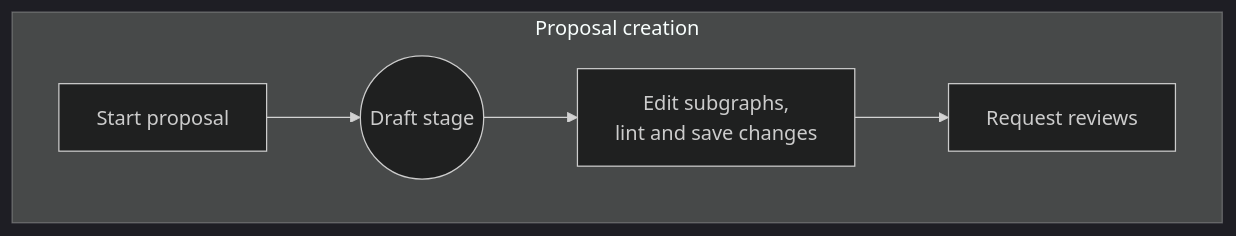
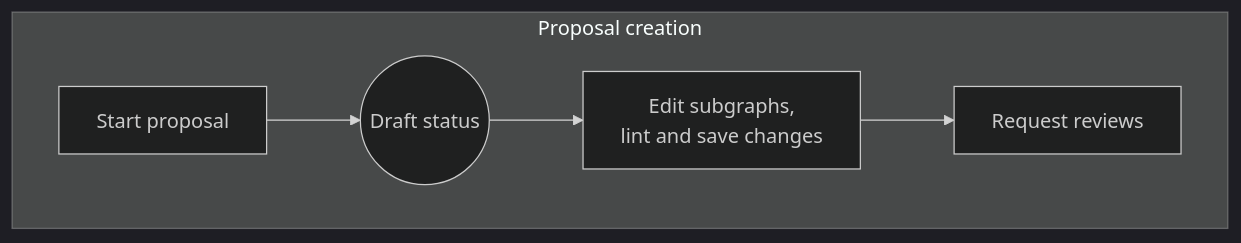
One commit to apollographql/docs changed the first of 5 diagrams in src/content/graphos/delivery/schema-proposals.mdx. Above: the diagram before and after it, drawn with Mermaid (dark theme). The commit also changed other lines of this file and 4 other files, not shown here.

````diff
--- a/src/content/graphos/delivery/schema-proposals.mdx
+++ b/src/content/graphos/delivery/schema-proposals.mdx
@@ -57,13 +61,13 @@
 ```mermaid
 graph LR
     subgraph Draft ["Proposal creation"]
     direction LR
     Creation["Start proposal"]
-    DraftStage(("Draft stage"))
+    DraftStatus(("Draft status"))
     Edit["Edit subgraphs,  <br/> lint and save changes"]
     Request["Request reviews"]
-    Creation -->  DraftStage --> Edit --> Request
+    Creation -->  DraftStatus --> Edit --> Request
     end
-    class DraftStage secondary;
-    class DraftStage CircleSize50;
+    class DraftStatus secondary;
+    class DraftStatus CircleSize50;
 ```
````
